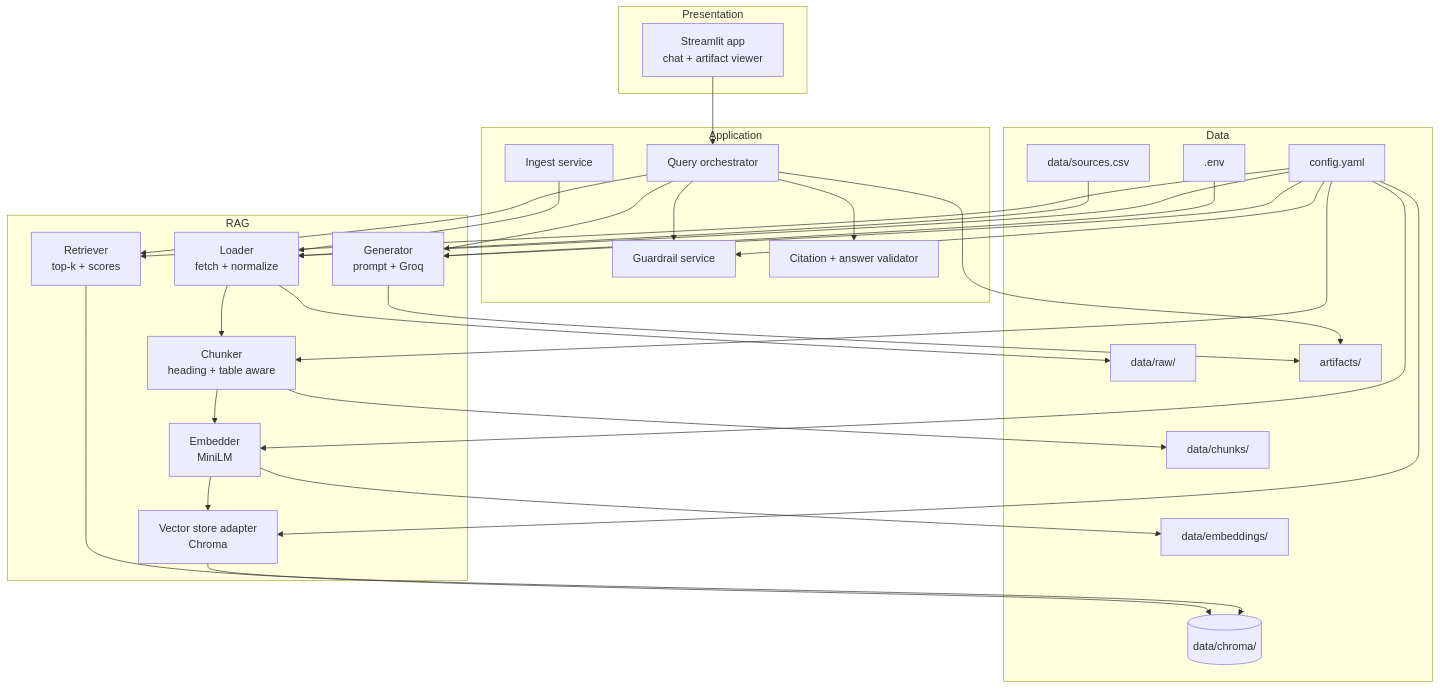
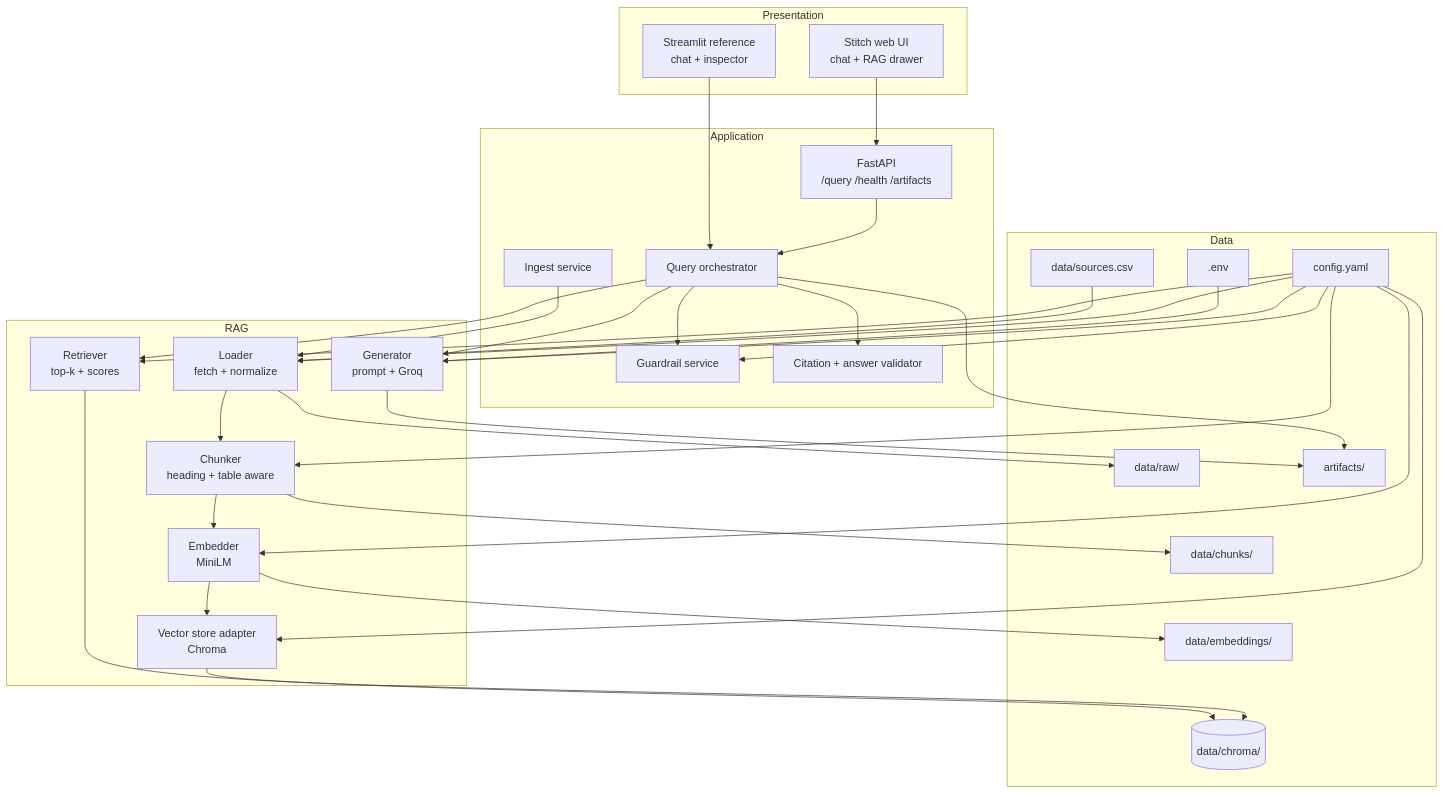
Before and after one commit to hivani/chatbot: the second of 3 diagrams in architecture.md, drawn with Mermaid. The commit also changed other lines of this file and 8 other files, not shown here.

````diff
--- a/architecture.md
+++ b/architecture.md
@@ -71,52 +92,57 @@
 ```mermaid
 flowchart TB
     subgraph Presentation
-        UI[Streamlit app<br/>chat + artifact viewer]
+        WEB[Stitch web UI<br/>chat + RAG drawer]
+        ST[Streamlit reference<br/>chat + inspector]
     end
 
     subgraph Application
+        API[FastAPI<br/>/query /health /artifacts]
         ORCH[Query orchestrator]
         GRD[Guardrail service]
         CITE[Citation + answer validator]
         SVC[Ingest service]
     end
 
     subgraph RAG
         LOADER[Loader<br/>fetch + normalize]
         CHUNKER[Chunker<br/>heading + table aware]
         EMBEDDER[Embedder<br/>MiniLM]
         STORE[Vector store adapter<br/>Chroma]
         RETRIEVER[Retriever<br/>top-k + scores]
         GEN[Generator<br/>prompt + Groq]
     end
 
     subgraph Data
         CFG[config.yaml]
         ENV[.env]
         RAW[data/raw/]
         CHUNKS[data/chunks/]
         EMBS[data/embeddings/]
         CHROMA[(data/chroma/)]
         ART[artifacts/]
         SOURCES[data/sources.csv]
     end
 
-    UI --> ORCH
+    WEB --> API
+    API --> ORCH
+    ST --> ORCH
+
     ORCH --> GRD
     ORCH --> RETRIEVER
     ORCH --> GEN
     ORCH --> CITE
     ORCH --> ART
 
     SVC --> LOADER --> CHUNKER --> EMBEDDER --> STORE
     LOADER --> RAW
     CHUNKER --> CHUNKS
     EMBEDDER --> EMBS
     STORE --> CHROMA
     RETRIEVER --> CHROMA
     GEN --> ART
 
     CFG --> LOADER & CHUNKER & EMBEDDER & STORE & RETRIEVER & GEN & GRD
     ENV --> GEN
     SOURCES --> LOADER
 ```
````
